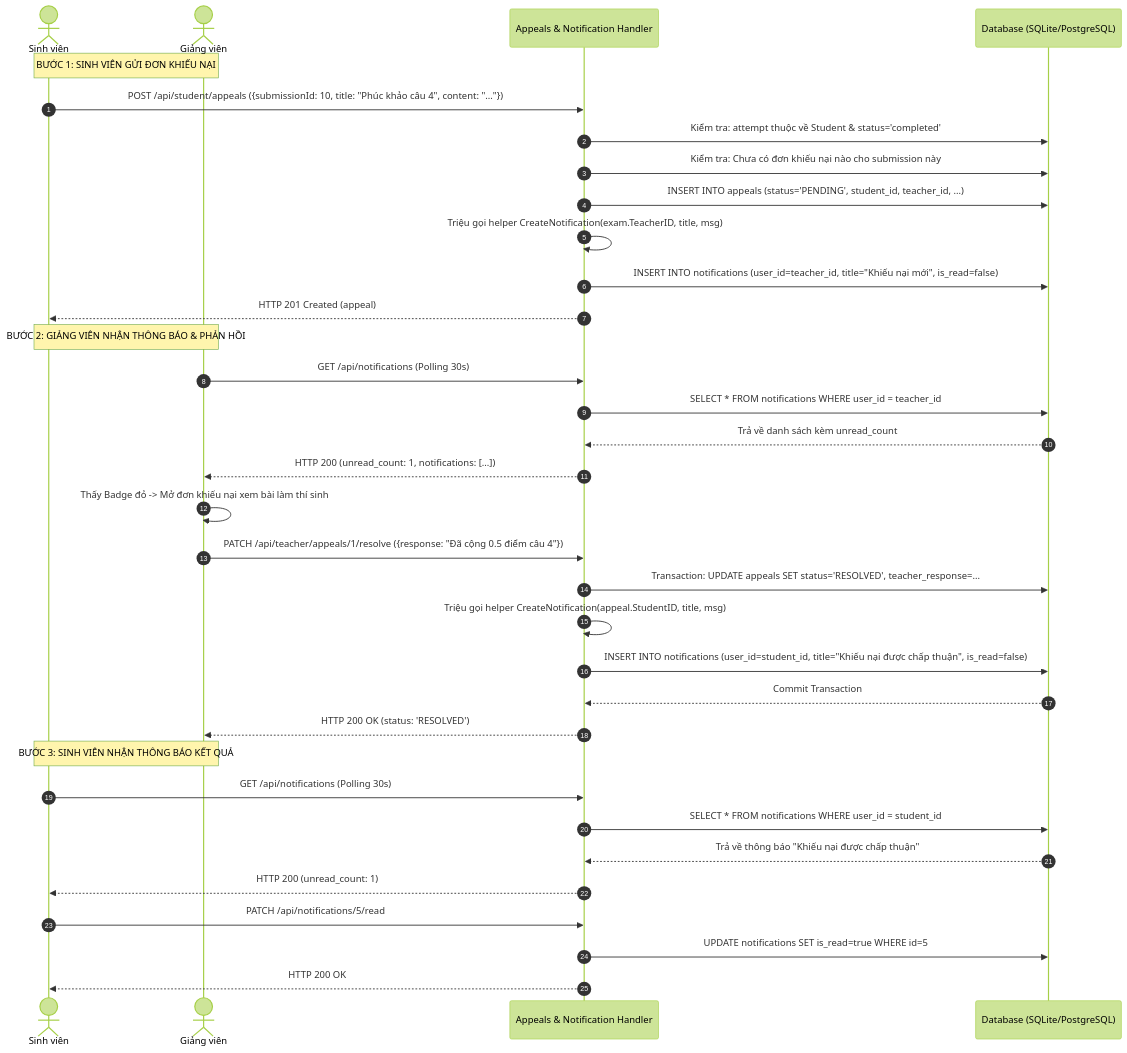
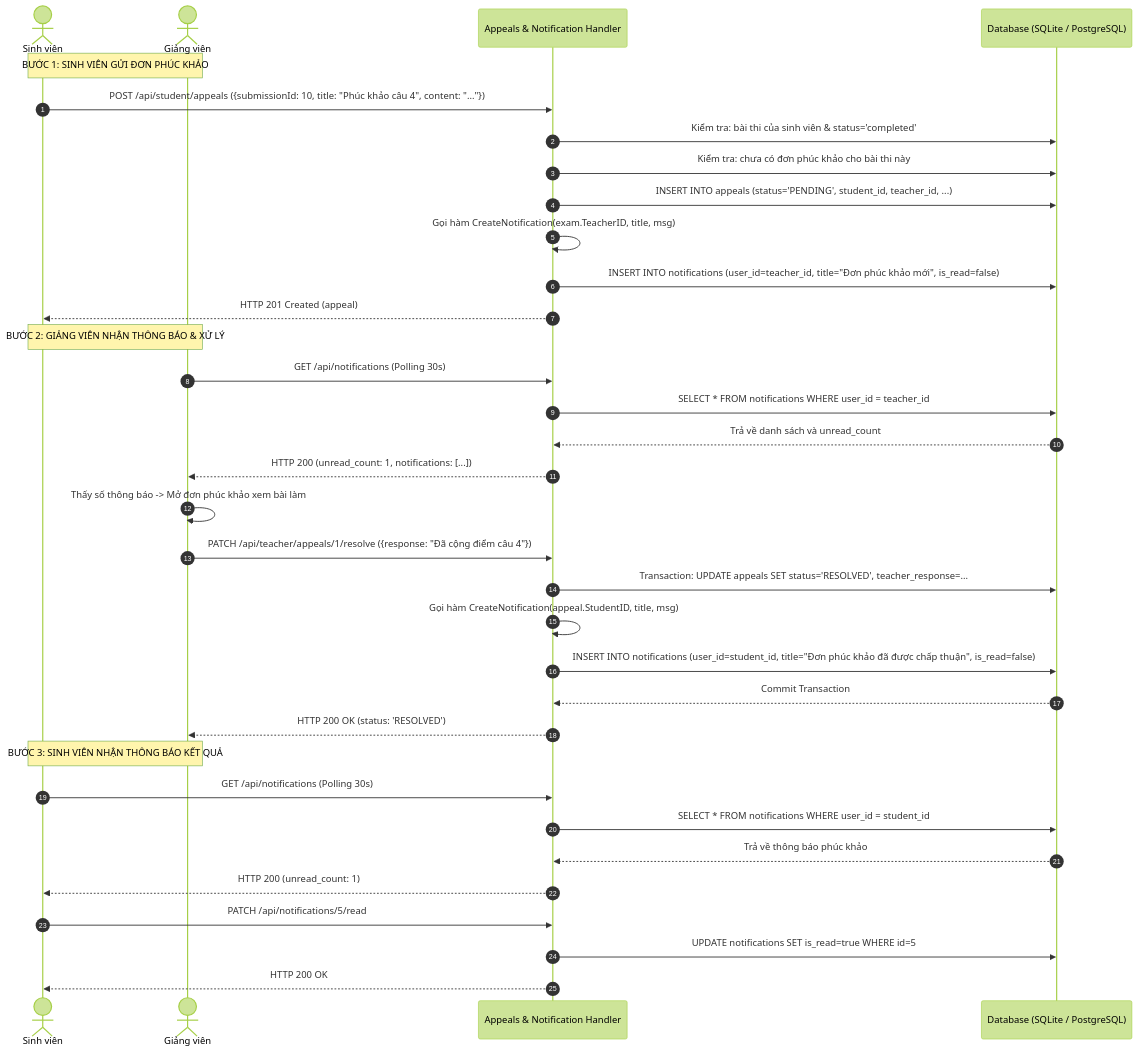
The seventh of 8 diagrams in ARCHITECTURE_AND_REPORT.md (NguenDung/exam-system-mvp), drawn with Mermaid (forest theme) before and after one commit. The commit also changed other lines of this file and 22 other files, not shown here.

````diff
--- a/ARCHITECTURE_AND_REPORT.md
+++ b/ARCHITECTURE_AND_REPORT.md
@@ -625,39 +621,39 @@
 ```mermaid
 sequenceDiagram
     autonumber
     actor Student as Sinh viên
     actor Teacher as Giảng viên
     participant Handler as Appeals & Notification Handler
-    participant DB as Database (SQLite/PostgreSQL)
+    participant DB as Database (SQLite / PostgreSQL)
 
-    Note over Student, Teacher: BƯỚC 1: SINH VIÊN GỬI ĐƠN KHIẾU NẠI
+    Note over Student, Teacher: BƯỚC 1: SINH VIÊN GỬI ĐƠN PHÚC KHẢO
     Student->>Handler: POST /api/student/appeals ({submissionId: 10, title: "Phúc khảo câu 4", content: "..."})
-    Handler->>DB: Kiểm tra: attempt thuộc về Student & status='completed'
-    Handler->>DB: Kiểm tra: Chưa có đơn khiếu nại nào cho submission này
+    Handler->>DB: Kiểm tra: bài thi của sinh viên & status='completed'
+    Handler->>DB: Kiểm tra: chưa có đơn phúc khảo cho bài thi này
     Handler->>DB: INSERT INTO appeals (status='PENDING', student_id, teacher_id, ...)
-    Handler->>Handler: Triệu gọi helper CreateNotification(exam.TeacherID, title, msg)
-    Handler->>DB: INSERT INTO notifications (user_id=teacher_id, title="Khiếu nại mới", is_read=false)
+    Handler->>Handler: Gọi hàm CreateNotification(exam.TeacherID, title, msg)
+    Handler->>DB: INSERT INTO notifications (user_id=teacher_id, title="Đơn phúc khảo mới", is_read=false)
     Handler-->>Student: HTTP 201 Created (appeal)
 
-    Note over Student, Teacher: BƯỚC 2: GIẢNG VIÊN NHẬN THÔNG BÁO & PHẢN HỒI
+    Note over Student, Teacher: BƯỚC 2: GIẢNG VIÊN NHẬN THÔNG BÁO & XỬ LÝ
     Teacher->>Handler: GET /api/notifications (Polling 30s)
     Handler->>DB: SELECT * FROM notifications WHERE user_id = teacher_id
-    DB-->>Handler: Trả về danh sách kèm unread_count
+    DB-->>Handler: Trả về danh sách và unread_count
     Handler-->>Teacher: HTTP 200 (unread_count: 1, notifications: [...])
-    Teacher->>Teacher: Thấy Badge đỏ -> Mở đơn khiếu nại xem bài làm thí sinh
-    Teacher->>Handler: PATCH /api/teacher/appeals/1/resolve ({response: "Đã cộng 0.5 điểm câu 4"})
+    Teacher->>Teacher: Thấy số thông báo -> Mở đơn phúc khảo xem bài làm
+    Teacher->>Handler: PATCH /api/teacher/appeals/1/resolve ({response: "Đã cộng điểm câu 4"})
     Handler->>DB: Transaction: UPDATE appeals SET status='RESOLVED', teacher_response=...
-    Handler->>Handler: Triệu gọi helper CreateNotification(appeal.StudentID, title, msg)
-    Handler->>DB: INSERT INTO notifications (user_id=student_id, title="Khiếu nại được chấp thuận", is_read=false)
+    Handler->>Handler: Gọi hàm CreateNotification(appeal.StudentID, title, msg)
+    Handler->>DB: INSERT INTO notifications (user_id=student_id, title="Đơn phúc khảo đã được chấp thuận", is_read=false)
     DB-->>Handler: Commit Transaction
     Handler-->>Teacher: HTTP 200 OK (status: 'RESOLVED')
 
     Note over Student, Teacher: BƯỚC 3: SINH VIÊN NHẬN THÔNG BÁO KẾT QUẢ
     Student->>Handler: GET /api/notifications (Polling 30s)
     Handler->>DB: SELECT * FROM notifications WHERE user_id = student_id
-    DB-->>Handler: Trả về thông báo "Khiếu nại được chấp thuận"
+    DB-->>Handler: Trả về thông báo phúc khảo
     Handler-->>Student: HTTP 200 (unread_count: 1)
     Student->>Handler: PATCH /api/notifications/5/read
     Handler->>DB: UPDATE notifications SET is_read=true WHERE id=5
     Handler-->>Student: HTTP 200 OK
 ```
````
